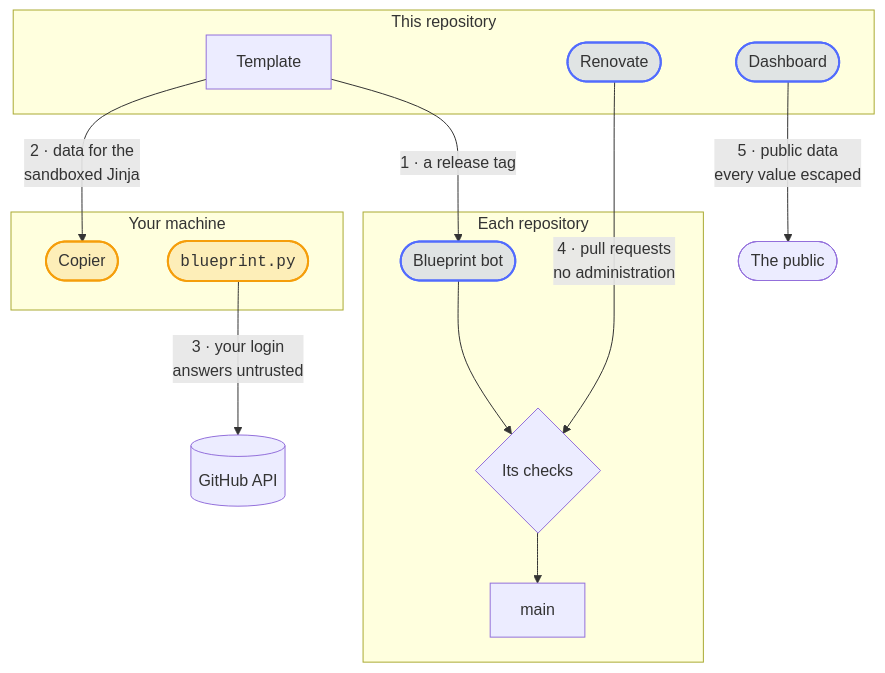
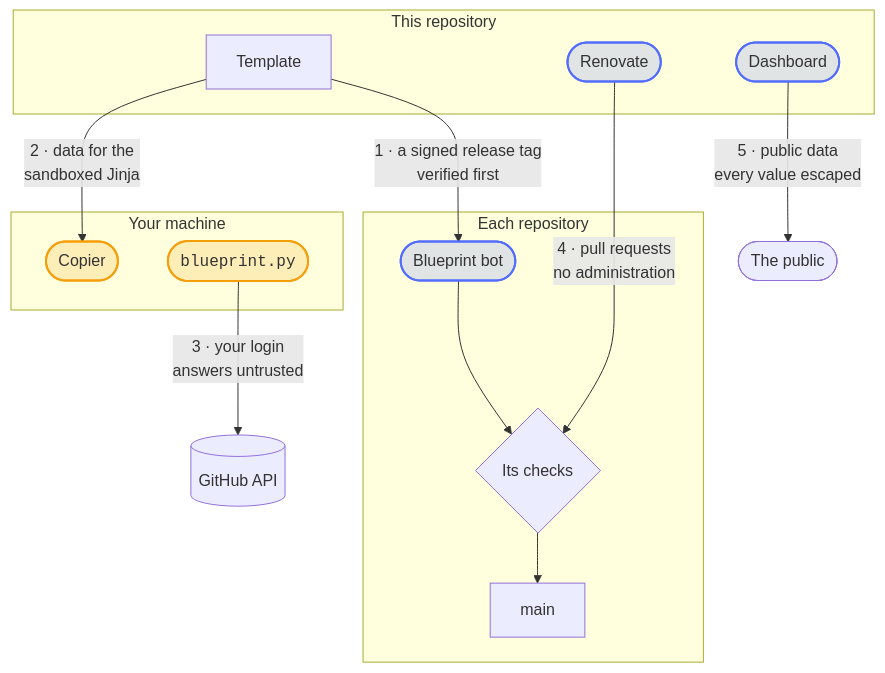
Before and after one commit to Dennis-Otto/repo-blueprint: the diagram in docs/security.md, drawn with Mermaid. The commit also changed other lines of this file and 18 other files, not shown here.

First line of the commit message:
fix(security): verify a blueprint release before updating to it, and let only the release app create release tags

````diff
--- a/docs/security.md
+++ b/docs/security.md
@@ -23,41 +23,41 @@
 ```mermaid
 ---
 config:
   flowchart:
     wrappingWidth: 400
 ---
 flowchart TB
     accTitle: The trust boundaries of the blueprint
-    accDescr: Five boundaries. 1, this repository to every repository made from it, through the blueprint bot and the checks of each repository. 2, the template to Copier on your machine, as data for its sandboxed Jinja. 3, blueprint.py to GitHub, with the login of whoever starts it, reading every answer as untrusted. 4, Renovate to every repository, through pull requests without administration. 5, the dashboard to the public, with every value escaped.
+    accDescr: Five boundaries. 1, this repository to every repository made from it, through a release that the blueprint bot of each repository verifies and the checks of that repository. 2, the template to Copier on your machine, as data for its sandboxed Jinja. 3, blueprint.py to GitHub, with the login of whoever starts it, reading every answer as untrusted. 4, Renovate to every repository, through pull requests without administration. 5, the dashboard to the public, with every value escaped.
 
     subgraph blueprint ["This repository"]
         template["Template"]
         renovate(["Renovate"])
         dashboard(["Dashboard"])
     end
 
     subgraph machine ["Your machine"]
         copier(["Copier"])
         tool(["<code>blueprint.py</code>"])
     end
 
     subgraph repos ["Each repository"]
         updater(["Blueprint bot"])
         checks{"Its checks"}
         main["main"]
     end
 
     github[("GitHub API")]
     public(["The public"])
 
     template -- "2 · data for the<br>sandboxed Jinja" --> copier
-    template -- "1 · a release tag" --> updater --> checks --> main
+    template -- "1 · a signed release tag<br>verified first" --> updater --> checks --> main
     renovate -- "4 · pull requests<br>no administration" --> checks
     tool -- "3 · your login<br>answers untrusted" --> github
     dashboard -- "5 · public data<br>every value escaped" --> public
 
     classDef bot fill:#526cfe2e,stroke:#526cfe,stroke-width:2px
     classDef person fill:#f59e0b2e,stroke:#f59e0b,stroke-width:2px
     class renovate,updater,dashboard bot
     class copier,tool person
 ```
````
